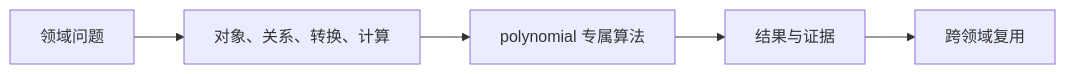
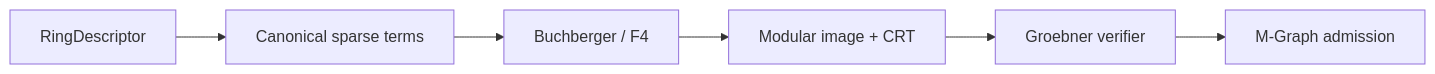
Before and after one commit to ai4waifu/athena.rs: the first of 3 diagrams in projects/athena-engine/src/domains/polynomial/readme.md, drawn with Mermaid. The commit also changed other lines of this file and 21 other files, not shown here.

````diff
--- a/projects/athena-engine/src/domains/polynomial/readme.md
+++ b/projects/athena-engine/src/domains/polynomial/readme.md
@@ -15,7 +15,8 @@
 ```mermaid
 flowchart LR
-    Problem["领域问题"] --> Decompose["对象、关系、转换、计算"]
-    Decompose --> Algorithm["polynomial 专属算法"]
-    Algorithm --> Evidence["结果与证据"]
-    Evidence --> Cross["跨领域复用"]
+ R["RingDescriptor"] --> T["Canonical sparse terms"]
+ T --> O["Buchberger / F4"]
+ O --> M["Modular image + CRT"]
+ M --> V["Groebner verifier"]
+ V --> A["M-Graph admission"]
 ```
````
